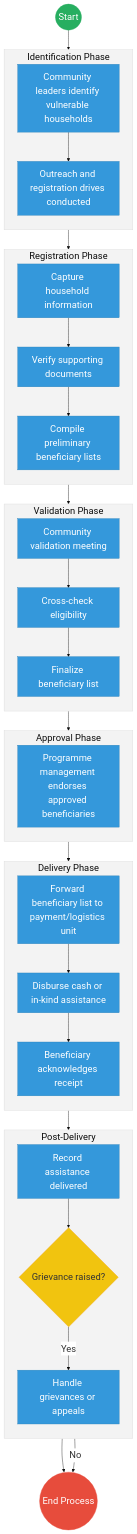
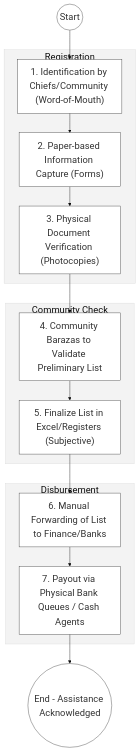
Before and after one commit to BITZ-IT-Consulting-LTD/ictapoc: the first of 2 diagrams in mdas/docs_final/priority_mdas/State_Department_for_Special_Programmes___Service_Delivery.md, drawn with Mermaid. The commit also changed other lines of this file and 37 other files, not shown here.

````diff
--- a/mdas/docs_final/priority_mdas/State_Department_for_Special_Programmes___Service_Delivery.md
+++ b/mdas/docs_final/priority_mdas/State_Department_for_Special_Programmes___Service_Delivery.md
@@ -41,82 +77,22 @@
 ```mermaid
 %%{init: { 'theme': 'base', 'themeVariables': { 'fontSize': '24px', 'fontFamily': 'Inter, system-ui, sans-serif', 'primaryColor': '#ffffff', 'edgeLabelBackground':'#ffffff', 'tertiaryColor': '#f3f3f3', 'mainBkg': '#ffffff', 'nodeBorder': '#333333' } } }%%
 flowchart TD
-    %% Events
-    Start((Start))
-    EndProcess(("End Process"))
-
-    subgraph Identification["Identification Phase"]
-        direction TB
-        IdVuln["Community leaders identify vulnerable households"]
-        Outreach["Outreach and registration drives conducted"]
+    Start((Start)) --> Identify["1. Identification by Chiefs/Community (Word-of-Mouth)"]
+    
+    subgraph Enrollment_Silo["Registration"]
+        Identify --> Capture["2. Paper-based Information Capture (Forms)"]
+        Capture --> Verify["3. Physical Document Verification (Photocopies)"]
     end
 
-    subgraph Registration["Registration Phase"]
-        direction TB
-        CapInfo["Capture household information"]
-        VerDocs["Verify supporting documents"]
-        CompList["Compile preliminary beneficiary lists"]
+    subgraph Validation_Silo["Community Check"]
+        Verify --> Meetings["4. Community Barazas to Validate Preliminary List"]
+        Meetings --> Finalize["5. Finalize List in Excel/Registers (Subjective)"]
     end
 
-    subgraph Validation["Validation Phase"]
-        direction TB
-        CommVal["Community validation meeting"]
-        CrossCheck["Cross-check eligibility"]
-        FinList["Finalize beneficiary list"]
+    subgraph Payout_Layer["Disbursement"]
+        Finalize --> PayOrder["6. Manual Forwarding of List to Finance/Banks"]
+        PayOrder --> Disburse["7. Payout via Physical Bank Queues / Cash Agents"]
     end
 
-    subgraph Approval["Approval Phase"]
-        direction TB
-        Endorse["Programme management endorses approved beneficiaries"]
-    end
-
-    subgraph Delivery["Delivery Phase"]
-        direction TB
-        FwdList["Forward beneficiary list to payment/logistics unit"]
-        Disburse["Disburse cash or in-kind assistance"]
-        AckRec["Beneficiary acknowledges receipt"]
-    end
-
-    subgraph PostDelivery["Post-Delivery"]
-        direction TB
-        RecAsst["Record assistance delivered"]
-        GrievanceGateway{"Grievance raised?"}
-        HandGriev["Handle grievances or appeals"]
-    end
-
-    %% Flow connections
-    Start --> IdVuln
-    IdVuln --> Outreach
-    
-    Outreach --> CapInfo
-    CapInfo --> VerDocs
-    VerDocs --> CompList
-    
-    CompList --> CommVal
-    CommVal --> CrossCheck
-    CrossCheck --> FinList
-    
-    FinList --> Endorse
-    
-    Endorse --> FwdList
-    FwdList --> Disburse
-    Disburse --> AckRec
-    
-    AckRec --> RecAsst
-    RecAsst --> GrievanceGateway
-    
-    GrievanceGateway -- "Yes" --> HandGriev
-    HandGriev --> EndProcess
-    GrievanceGateway -- "No" --> EndProcess
-
-    %% Styling
-    classDef startEvent fill:#27ae60,stroke:#27ae60,color:#fff,font-size:24px,font-size:24px;;
-    classDef endEvent fill:#e74c3c,stroke:#e74c3c,color:#fff,font-size:24px,font-size:24px;;
-    classDef userTask fill:#3498db,stroke:#2980b9,color:#fff,font-size:24px,font-size:24px;;
-    classDef gateway fill:#f1c40f,stroke:#f39c12,color:#333,font-size:24px,font-size:24px;;
-    
-    class Start startEvent;
-    class EndProcess endEvent;
-    class GrievanceGateway gateway;
-    class IdVuln,Outreach,CapInfo,VerDocs,CompList,CommVal,CrossCheck,FinList,Endorse,FwdList,Disburse,AckRec,RecAsst,HandGriev userTask;
+    Disburse --> EndProcess(("End - Assistance Acknowledged"))
 ```
````
